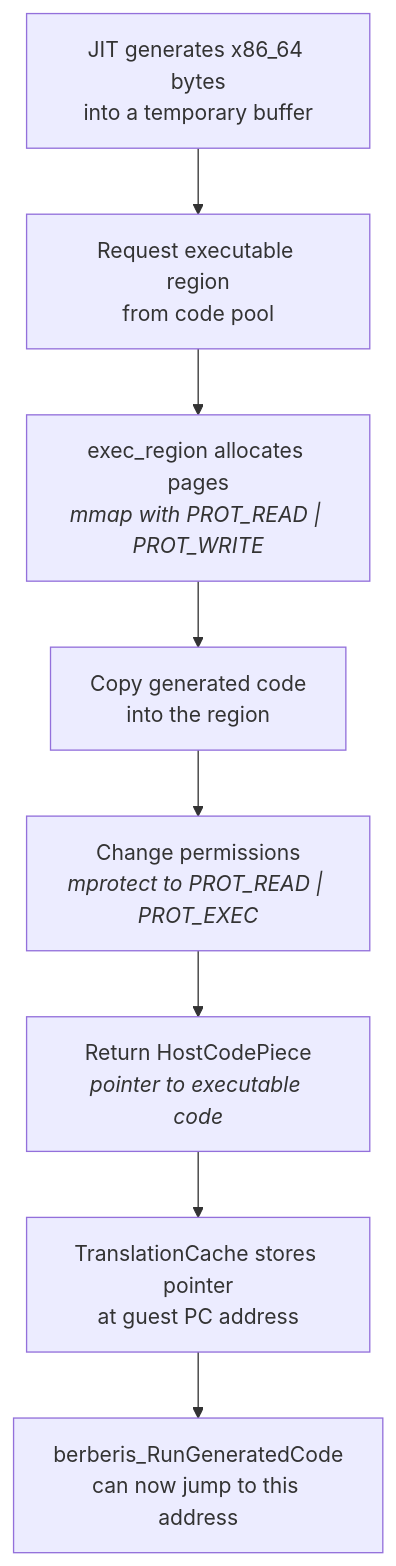
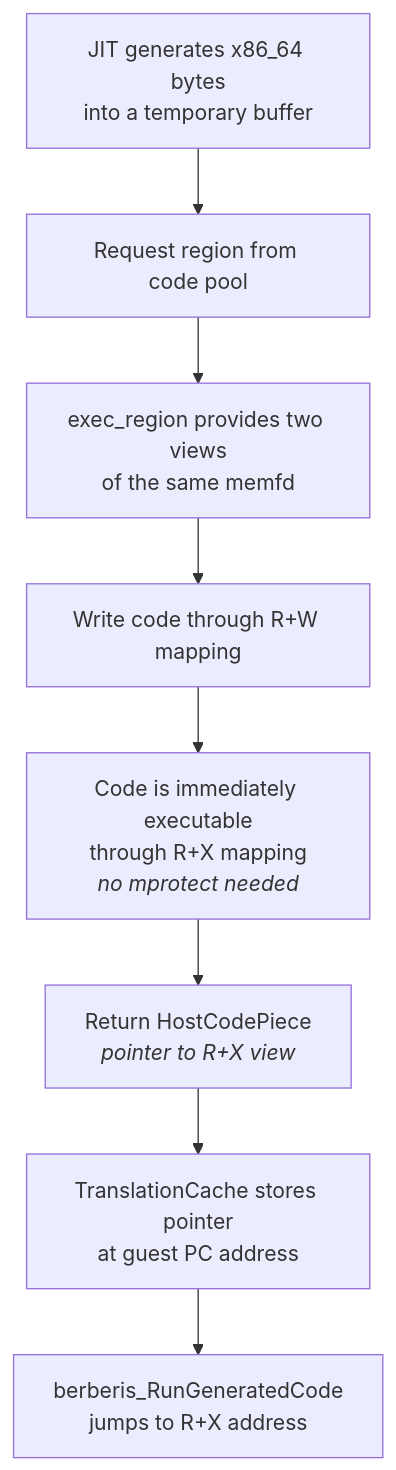
One commit to DigitalisX64/digitalis changed diagram 22 of 41 in docs/how-it-works.md. Above: the diagram before and after it, drawn with Mermaid. The commit also changed other lines of this file, not shown here.

````diff
--- a/docs/how-it-works.md
+++ b/docs/how-it-works.md
@@ -1256,10 +1258,10 @@
 ```mermaid
 graph TD
-    A["JIT generates x86_64 bytes<br/>into a temporary buffer"] --> B["Request executable region<br/>from code pool"]
-    B --> C["exec_region allocates pages<br/><i>mmap with PROT_READ | PROT_WRITE</i>"]
-    C --> D["Copy generated code<br/>into the region"]
-    D --> E["Change permissions<br/><i>mprotect to PROT_READ | PROT_EXEC</i>"]
-    E --> F["Return HostCodePiece<br/><i>pointer to executable code</i>"]
+    A["JIT generates x86_64 bytes<br/>into a temporary buffer"] --> B["Request region from code pool"]
+    B --> C["exec_region provides two views<br/>of the same memfd"]
+    C --> D["Write code through R+W mapping"]
+    D --> E["Code is immediately executable<br/>through R+X mapping<br/><i>no mprotect needed</i>"]
+    E --> F["Return HostCodePiece<br/><i>pointer to R+X view</i>"]
     F --> G["TranslationCache stores pointer<br/>at guest PC address"]
-    G --> H["berberis_RunGeneratedCode<br/>can now jump to this address"]
+    G --> H["berberis_RunGeneratedCode<br/>jumps to R+X address"]
 ```
````
